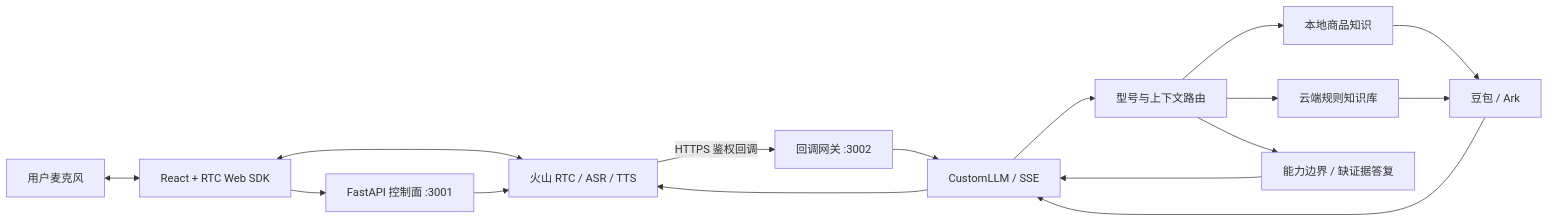
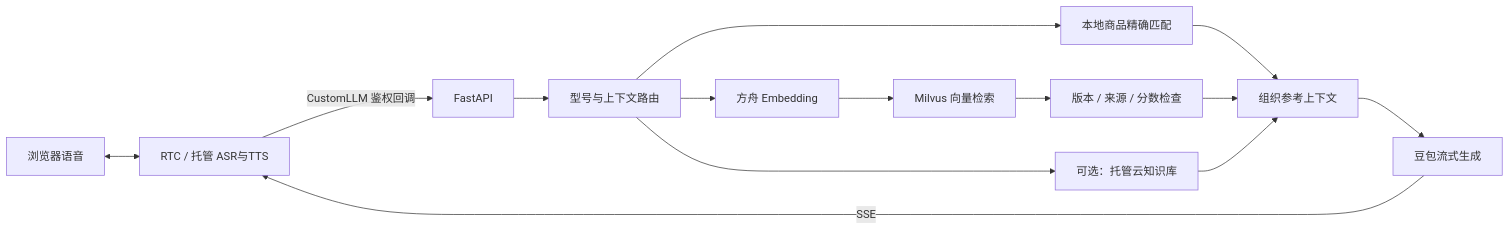
Before and after one commit to Drong-Yang/rtc_basic: the diagram in README.md, drawn with Mermaid. The commit also changed other lines of this file and 14 other files, not shown here.

````diff
--- a/README.md
+++ b/README.md
@@ -54,18 +37,16 @@
 ```mermaid
 flowchart LR
-    U[用户麦克风] <--> W[React + RTC Web SDK]
-    W <--> R[火山 RTC / ASR / TTS]
-    W --> C[FastAPI 控制面 :3001]
-    C --> R
-    R -->|HTTPS 鉴权回调| G[回调网关 :3002]
-    G --> B[CustomLLM / SSE]
-    B --> Q[型号与上下文路由]
-    Q --> L[本地商品知识]
-    Q --> K[云端规则知识库]
-    Q --> D[能力边界 / 缺证据答复]
-    L --> M[豆包 / Ark]
-    K --> M
-    M --> B
-    D --> B
-    B --> R
+    U[浏览器语音] <--> R[RTC / 托管 ASR与TTS]
+    R -->|CustomLLM 鉴权回调| F[FastAPI]
+    F --> Q[型号与上下文路由]
+    Q --> L[本地商品精确匹配]
+    Q --> E[方舟 Embedding]
+    E --> V[Milvus 向量检索]
+    Q --> K[可选：托管云知识库]
+    V --> P[版本 / 来源 / 分数检查]
+    L --> C[组织参考上下文]
+    P --> C
+    K --> C
+    C --> M[豆包流式生成]
+    M -->|SSE| R
 ```
````
